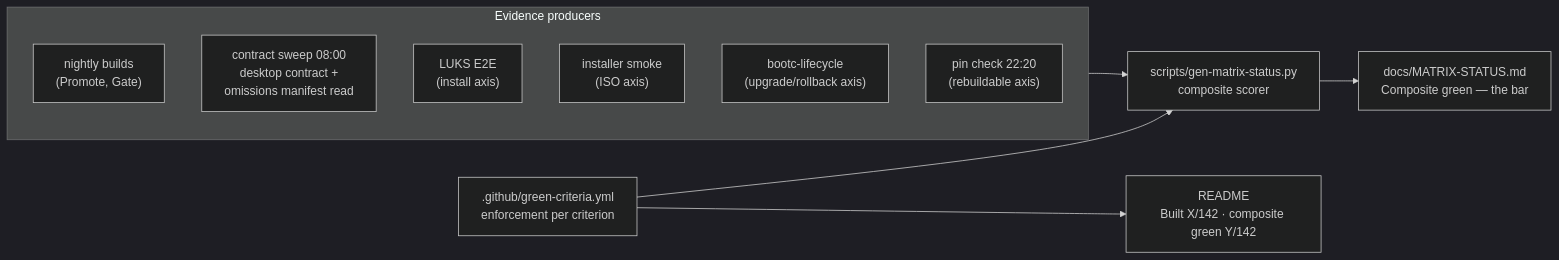
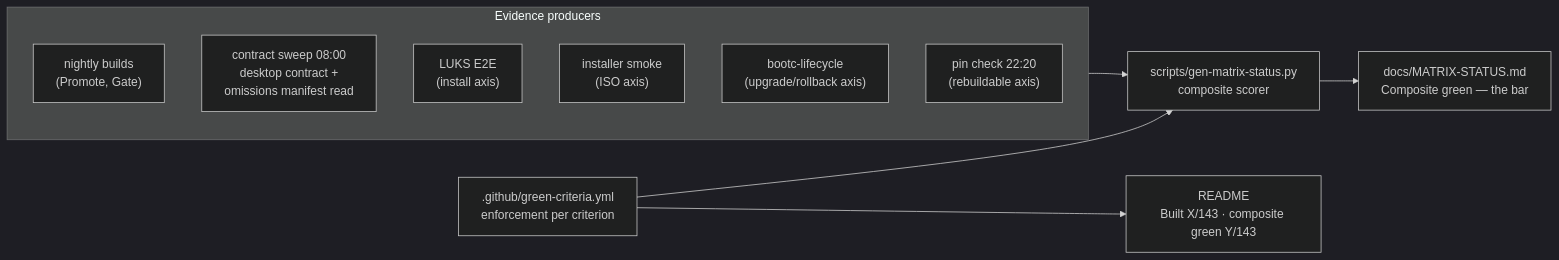
The fifth of 5 diagrams in docs/DEVELOPER-GUIDE.md (tuna-os/tunaOS), drawn with Mermaid (dark theme) before and after one commit. The commit also changed other lines of this file and 4 other files, not shown here.

````diff
--- a/docs/DEVELOPER-GUIDE.md
+++ b/docs/DEVELOPER-GUIDE.md
@@ -245,20 +245,20 @@
 ```mermaid
 flowchart LR
     subgraph evidence["Evidence producers"]
         BLD["nightly builds<br/>(Promote, Gate)"]
         SWEEP["contract sweep 08:00<br/>desktop contract +<br/>omissions manifest read"]
         LUKS["LUKS E2E<br/>(install axis)"]
         ISO["installer smoke<br/>(ISO axis)"]
         LC["bootc-lifecycle<br/>(upgrade/rollback axis)"]
         PIN["pin check 22:20<br/>(rebuildable axis)"]
     end
     CRIT[".github/green-criteria.yml<br/>enforcement per criterion"]
     GEN["scripts/gen-matrix-status.py<br/>composite scorer"]
     MS["docs/MATRIX-STATUS.md<br/>Composite green — the bar"]
-    RM["README<br/>Built X/142 · composite green Y/142"]
+    RM["README<br/>Built X/143 · composite green Y/143"]
 
     evidence --> GEN
     CRIT --> GEN
     GEN --> MS
     CRIT --> RM
 ```
````
